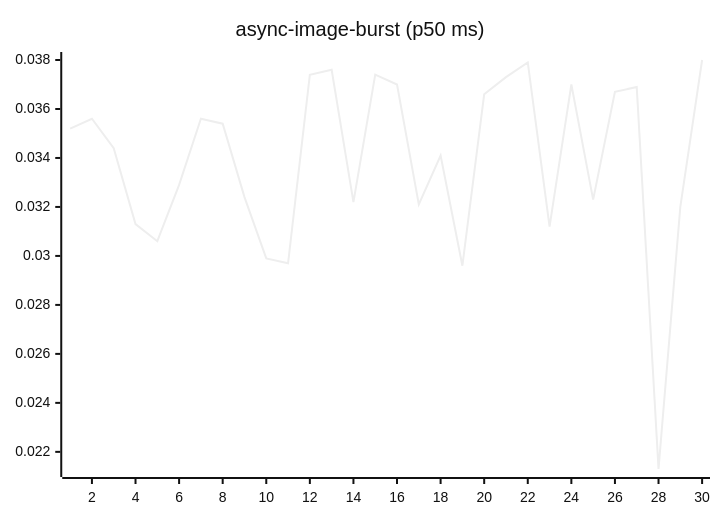
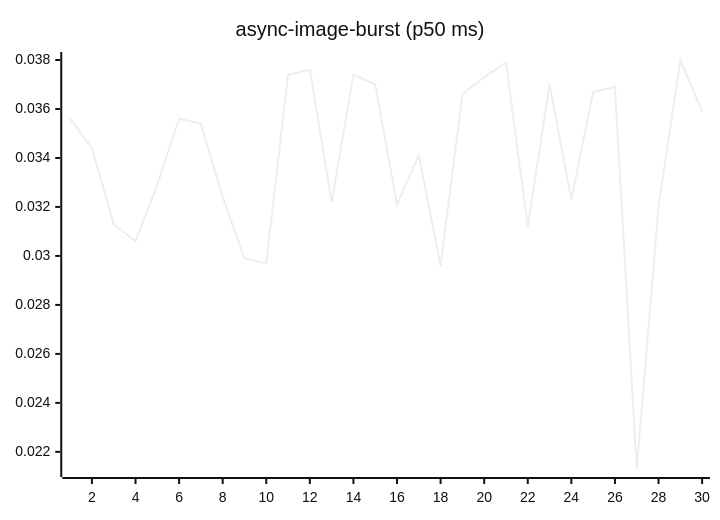
Before and after one commit to josha/Facet: the fourth of 27 diagrams in README.md, drawn with Mermaid (neutral theme). The commit also changed other lines of this file and 2 other files, not shown here.

````diff
--- a/README.md
+++ b/README.md
@@ -84,6 +84,6 @@
 ```mermaid
 xychart-beta
     title "async-image-burst (p50 ms)"
     x-axis 1 --> 30
-    line [0.0352, 0.0356, 0.0344, 0.0313, 0.0306, 0.0329, 0.0356, 0.0354, 0.0324, 0.0299, 0.0297, 0.0374, 0.0376, 0.0322, 0.0374, 0.0370, 0.0321, 0.0341, 0.0296, 0.0366, 0.0373, 0.0379, 0.0312, 0.0370, 0.0323, 0.0367, 0.0369, 0.0213, 0.0320, 0.0380]
+    line [0.0356, 0.0344, 0.0313, 0.0306, 0.0329, 0.0356, 0.0354, 0.0324, 0.0299, 0.0297, 0.0374, 0.0376, 0.0322, 0.0374, 0.0370, 0.0321, 0.0341, 0.0296, 0.0366, 0.0373, 0.0379, 0.0312, 0.0370, 0.0323, 0.0367, 0.0369, 0.0213, 0.0320, 0.0380, 0.0359]
 ```
````
